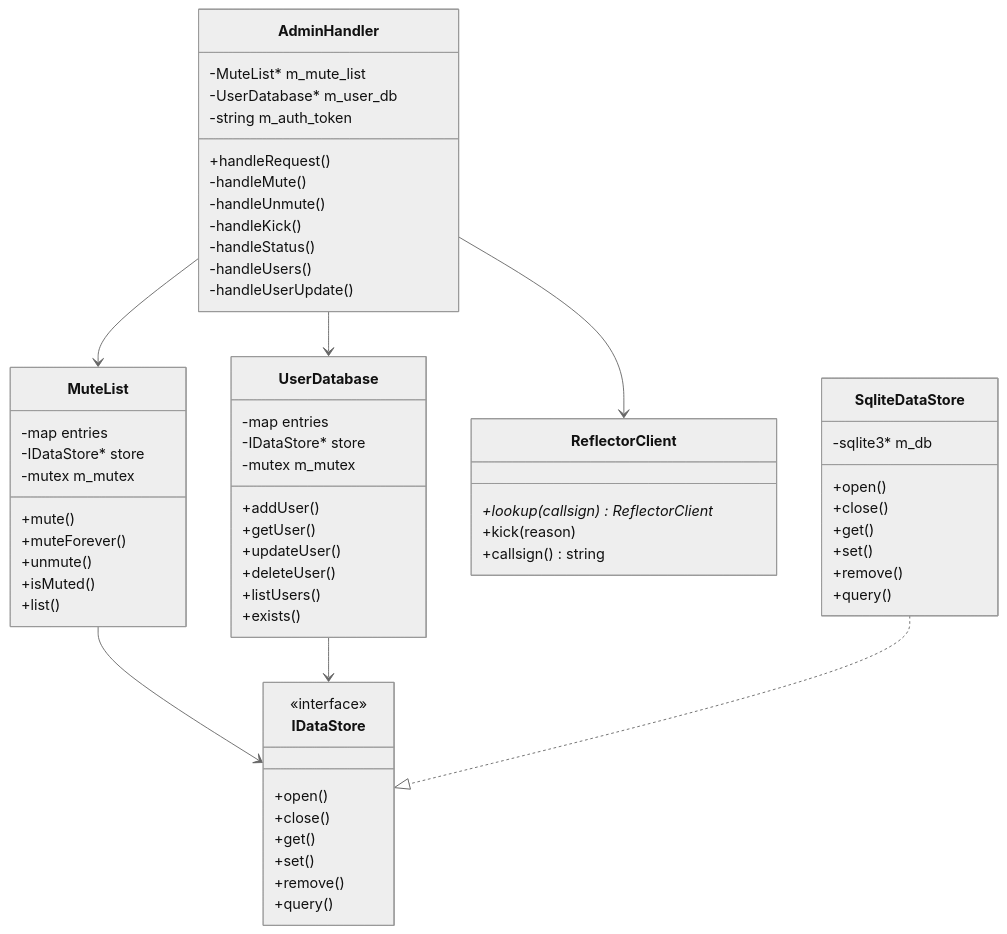
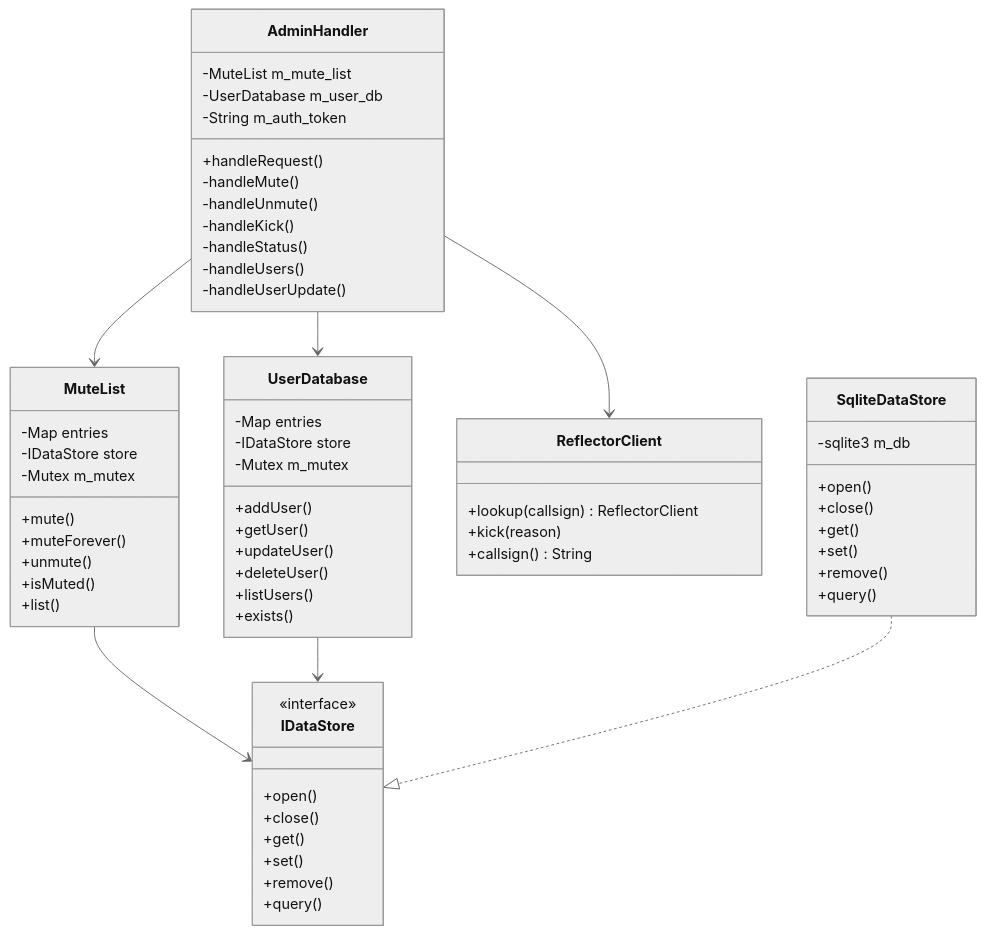
Before and after one commit to chakphanu/svxlink: the ninth of 11 diagrams in docs/SvxReflector_Admin_API_Reference.md, drawn with Mermaid (neutral theme). The commit also changed other lines of this file, not shown here.

First line of the commit message:
Fix Mermaid diagram syntax in API docs

````diff
--- a/docs/SvxReflector_Admin_API_Reference.md
+++ b/docs/SvxReflector_Admin_API_Reference.md
@@ -1077,71 +1077,71 @@
 ```mermaid
 classDiagram
     class AdminHandler {
-        -MuteList* m_mute_list
-        -UserDatabase* m_user_db
-        -string m_auth_token
+        -MuteList m_mute_list
+        -UserDatabase m_user_db
+        -String m_auth_token
         +handleRequest()
         -handleMute()
         -handleUnmute()
         -handleKick()
         -handleStatus()
         -handleUsers()
         -handleUserUpdate()
     }
 
     class MuteList {
-        -map entries
-        -IDataStore* store
-        -mutex m_mutex
+        -Map entries
+        -IDataStore store
+        -Mutex m_mutex
         +mute()
         +muteForever()
         +unmute()
         +isMuted()
         +list()
     }
 
     class UserDatabase {
-        -map entries
-        -IDataStore* store
-        -mutex m_mutex
+        -Map entries
+        -IDataStore store
+        -Mutex m_mutex
         +addUser()
         +getUser()
         +updateUser()
         +deleteUser()
         +listUsers()
         +exists()
     }
 
     class ReflectorClient {
-        +lookup(callsign) ReflectorClient*
+        +lookup(callsign) ReflectorClient
         +kick(reason)
-        +callsign() string
+        +callsign() String
     }
 
     class IDataStore {
         <<interface>>
         +open()
         +close()
         +get()
         +set()
         +remove()
         +query()
     }
 
     class SqliteDataStore {
-        -sqlite3* m_db
+        -sqlite3 m_db
         +open()
         +close()
         +get()
         +set()
         +remove()
         +query()
     }
 
     AdminHandler --> MuteList
     AdminHandler --> UserDatabase
     AdminHandler --> ReflectorClient
     MuteList --> IDataStore
     UserDatabase --> IDataStore
     SqliteDataStore ..|> IDataStore
 ```
````
